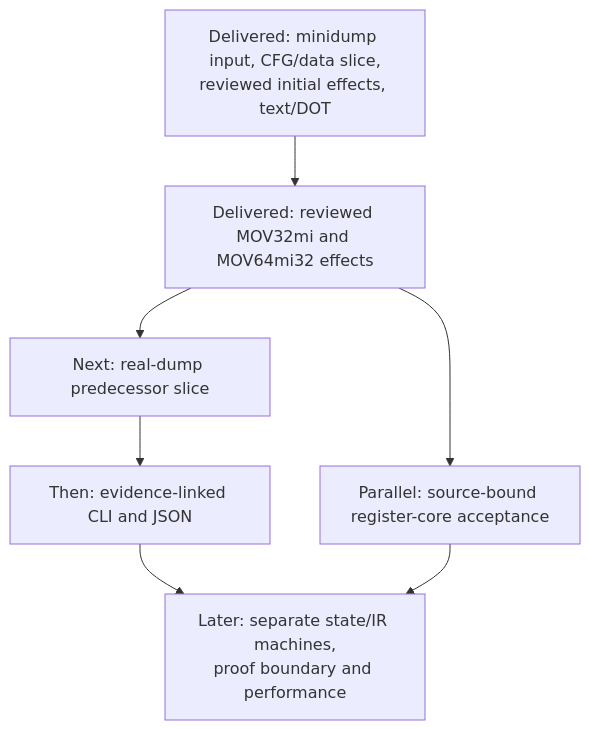
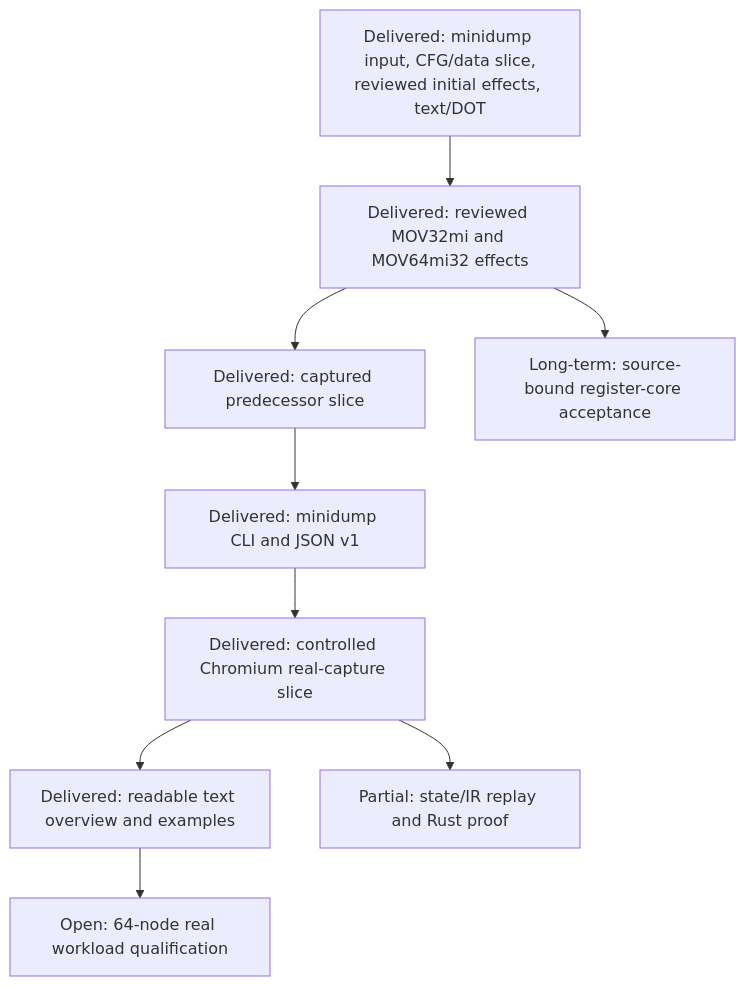
The second of 2 diagrams in CHECKPOINTS.md (NzSN/Ariadne), drawn with Mermaid before and after one commit. The commit also changed other lines of this file and 96 other files, not shown here.

````diff
--- a/CHECKPOINTS.md
+++ b/CHECKPOINTS.md
@@ -149,11 +281,15 @@
 ```mermaid
 flowchart TD
     A["Delivered: minidump input, CFG/data slice,<br/>reviewed initial effects, text/DOT"]
     B["Delivered: reviewed MOV32mi and MOV64mi32 effects"]
-    C["Next: real-dump predecessor slice"]
-    D["Then: evidence-linked CLI and JSON"]
-    E["Parallel: source-bound register-core acceptance"]
-    F["Later: separate state/IR machines,<br/>proof boundary and performance"]
-    A --> B --> C --> D --> F
-    B --> E --> F
+    C["Delivered: captured predecessor slice"]
+    D["Delivered: minidump CLI and JSON v1"]
+    G["Delivered: controlled Chromium real-capture slice"]
+    H["Delivered: readable text overview and examples"]
+    I["Open: 64-node real workload qualification"]
+    E["Long-term: source-bound register-core acceptance"]
+    F["Partial: state/IR replay and Rust proof"]
+    A --> B --> C --> D --> G --> H --> I
+    G --> F
+    B --> E
 ```
````
